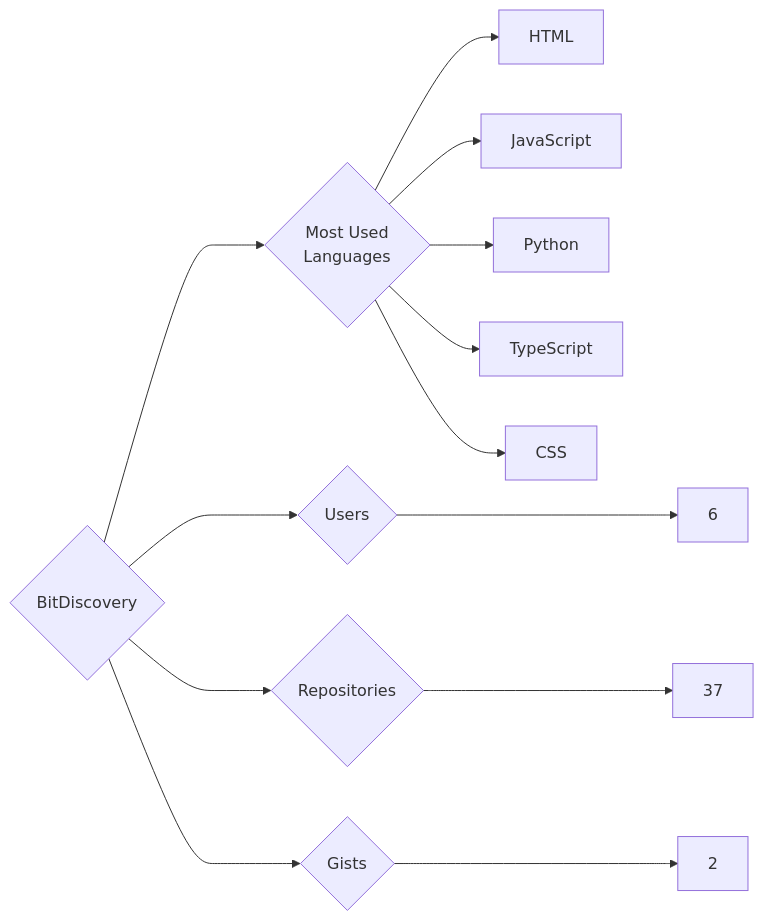
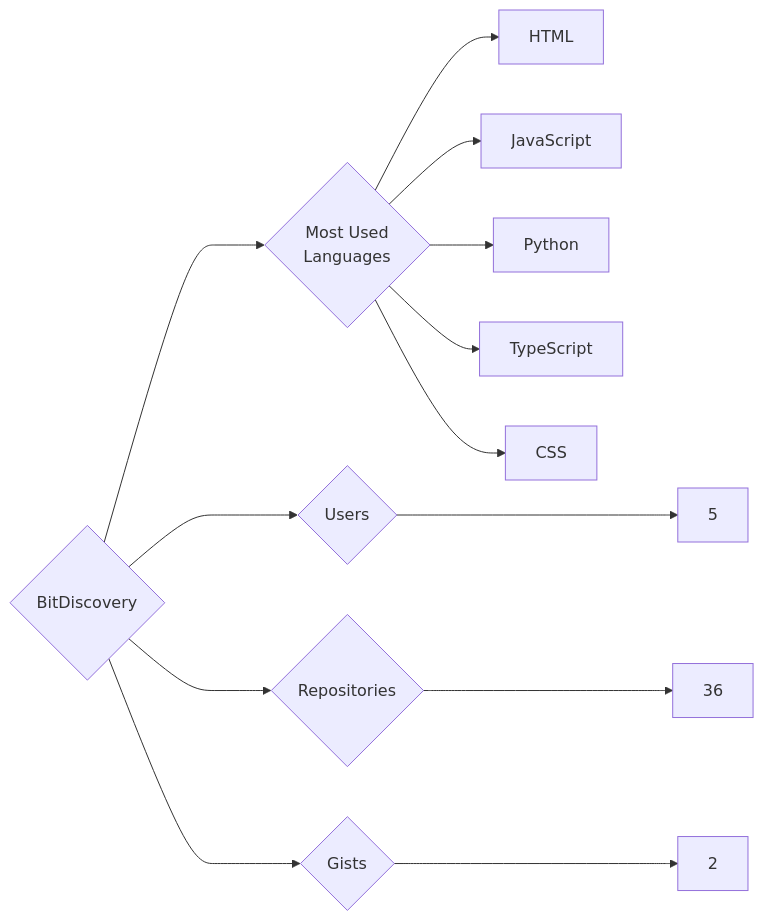
Before and after one commit to trickest/insiders: the diagram in targets/BitDiscovery/README.md, drawn with Mermaid. The commit also changed 1088 other files, not shown here.

````diff
--- a/targets/BitDiscovery/README.md
+++ b/targets/BitDiscovery/README.md
@@ -3,13 +3,13 @@
 ```mermaid
 graph LR
 COMPANY_NAME{BitDiscovery}
-COMPANY_NAME ---> U{Users} ---> UN[6]
-COMPANY_NAME ---> R{Repositories} ---> RN[37]
+COMPANY_NAME ---> U{Users} ---> UN[5]
+COMPANY_NAME ---> R{Repositories} ---> RN[36]
 COMPANY_NAME ---> G{Gists} ---> GN[2]
 COMPANY_NAME ---> ML{Most Used<br>Languages}
 ML --> HTML[HTML]
 ML --> JavaScript[JavaScript]
 ML --> Python[Python]
 ML --> TypeScript[TypeScript]
 ML --> CSS[CSS]
 ```
````
